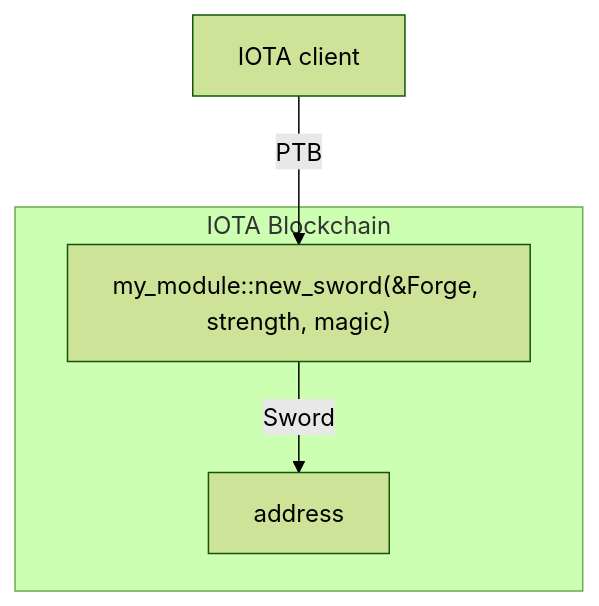
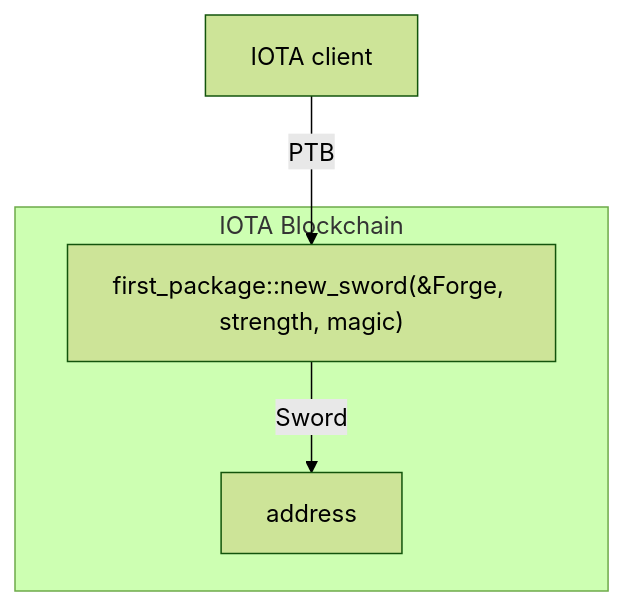
The second of 2 diagrams in docs/content/developer/getting-started/publish.mdx (iotaledger/iota), drawn with Mermaid (forest theme) before and after one commit. The commit also changed other lines of this file and 3 other files, not shown here.

````diff
--- a/docs/content/developer/getting-started/publish.mdx
+++ b/docs/content/developer/getting-started/publish.mdx
@@ -95,13 +95,13 @@
 ```mermaid
 flowchart TB
-    my_module["my_module::new_sword(&Forge, strength, magic)"]
+    first_package["first_package::new_sword(&Forge, strength, magic)"]
     
     IOTA_client["IOTA client"]
 
     subgraph IOTA Blockchain
-	my_module
-	my_module --Sword--> address
+	first_package
+	first_package --Sword--> address
     end
     
-    IOTA_client --"PTB"--> my_module
+    IOTA_client --"PTB"--> first_package
 ```
````
